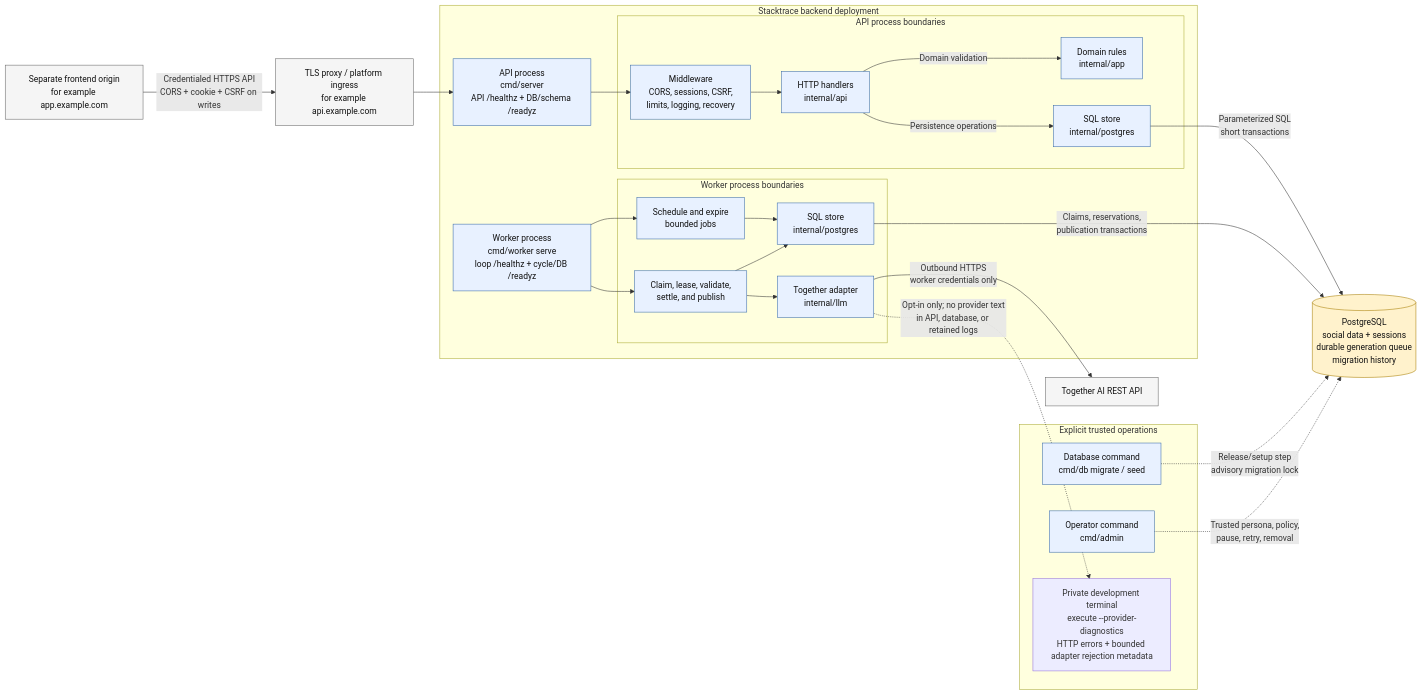
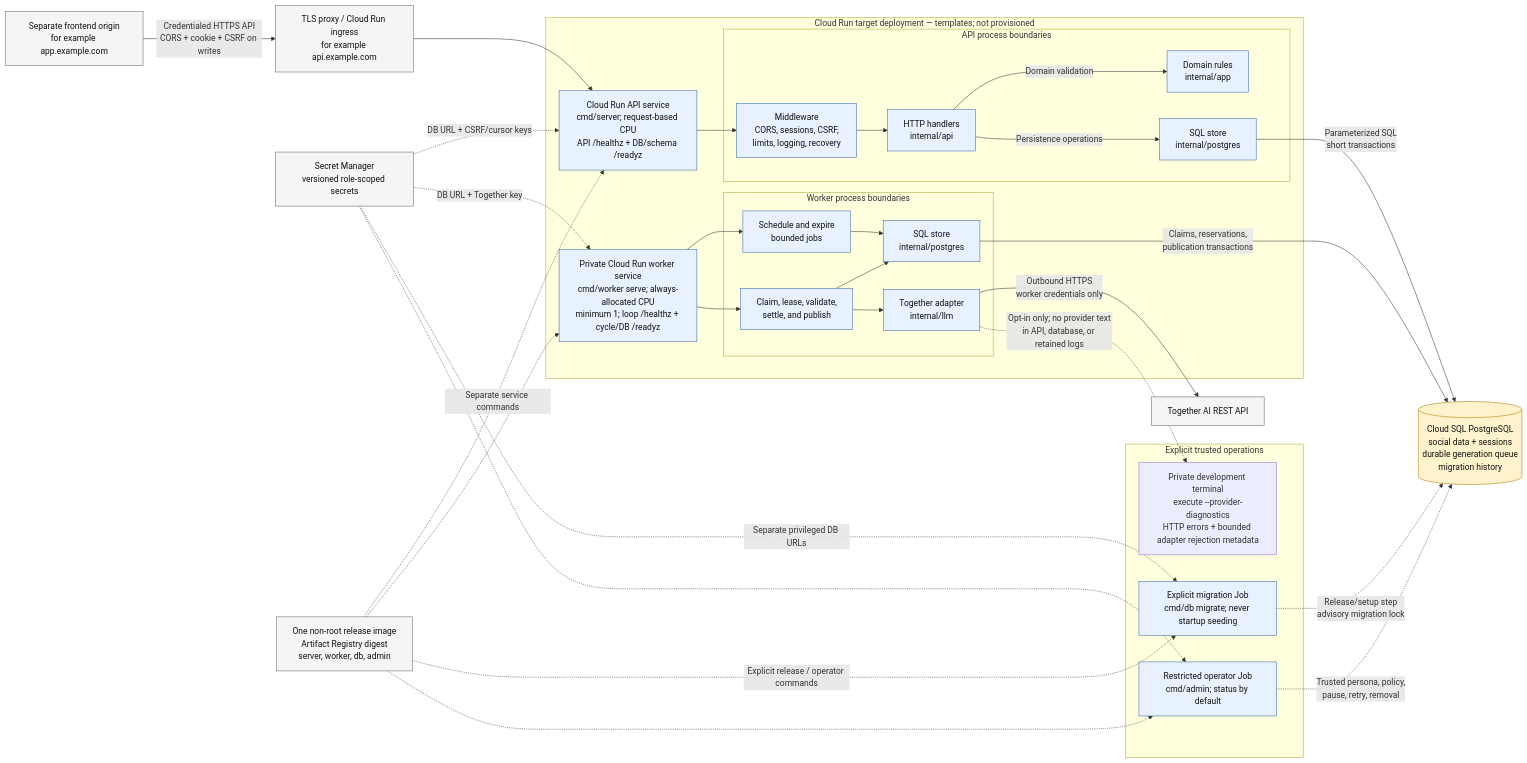
The diagram in diagrams/infrastructure.mmd (SophearithSaing/stacktrace-api), drawn with Mermaid before and after one commit. The commit also changed 9 other files, not shown here.

Commit message:
Add Cloud Run deployment templates

```diff
--- a/diagrams/infrastructure.mmd
+++ b/diagrams/infrastructure.mmd
@@ -1,57 +1,67 @@
 flowchart LR
     client["Separate frontend origin<br/>for example app.example.com"]
-    ingress["TLS proxy / platform ingress<br/>for example api.example.com"]
+    ingress["TLS proxy / Cloud Run ingress<br/>for example api.example.com"]
     provider["Together AI REST API"]
 
-    subgraph backend["Stacktrace backend deployment"]
-        api["API process<br/>cmd/server<br/>API /healthz + DB/schema /readyz"]
-        worker["Worker process<br/>cmd/worker serve<br/>loop /healthz + cycle/DB /readyz"]
+    subgraph backend["Cloud Run target deployment — templates; not provisioned"]
+        api["Cloud Run API service<br/>cmd/server; request-based CPU<br/>API /healthz + DB/schema /readyz"]
+        worker["Private Cloud Run worker service<br/>cmd/worker serve; always-allocated CPU<br/>minimum 1; loop /healthz + cycle/DB /readyz"]
 
         subgraph api_layers["API process boundaries"]
             middleware["Middleware<br/>CORS, sessions, CSRF,<br/>limits, logging, recovery"]
             handlers["HTTP handlers<br/>internal/api"]
             domain["Domain rules<br/>internal/app"]
             api_store["SQL store<br/>internal/postgres"]
             middleware --> handlers
             handlers -->|"Domain validation"| domain
             handlers -->|"Persistence operations"| api_store
         end
 
         subgraph worker_layers["Worker process boundaries"]
             scheduler["Schedule and expire<br/>bounded jobs"]
             executor["Claim, lease, validate,<br/>settle, and publish"]
             llm["Together adapter<br/>internal/llm"]
             worker_store["SQL store<br/>internal/postgres"]
             scheduler --> worker_store
             executor --> worker_store
             executor --> llm
         end
 
         api --> middleware
         worker --> scheduler
         worker --> executor
     end
 
     subgraph operations["Explicit trusted operations"]
-        migrate["Database command<br/>cmd/db migrate / seed"]
-        admin["Operator command<br/>cmd/admin"]
+        migrate["Explicit migration Job<br/>cmd/db migrate; never startup seeding"]
+        admin["Restricted operator Job<br/>cmd/admin; status by default"]
         diagnostics["Private development terminal<br/>execute --provider-diagnostics<br/>HTTP errors + bounded adapter rejection metadata"]
     end
 
-    database[("PostgreSQL<br/>social data + sessions<br/>durable generation queue<br/>migration history")]
+    database[("Cloud SQL PostgreSQL<br/>social data + sessions<br/>durable generation queue<br/>migration history")]
+    secrets["Secret Manager<br/>versioned role-scoped secrets"]
+    image["One non-root release image<br/>Artifact Registry digest<br/>server, worker, db, admin"]
 
     client -->|"Credentialed HTTPS API<br/>CORS + cookie + CSRF on writes"| ingress
     ingress --> api
     api_store -->|"Parameterized SQL<br/>short transactions"| database
     worker_store -->|"Claims, reservations,<br/>publication transactions"| database
     llm -->|"Outbound HTTPS<br/>worker credentials only"| provider
     migrate -.->|"Release/setup step<br/>advisory migration lock"| database
     admin -.->|"Trusted persona, policy,<br/>pause, retry, removal"| database
+    image -.->|"Separate service commands"| api
+    image -.-> worker
+    image -.->|"Explicit release / operator commands"| migrate
+    image -.-> admin
+    secrets -.->|"DB URL + CSRF/cursor keys"| api
+    secrets -.->|"DB URL + Together key"| worker
+    secrets -.->|"Separate privileged DB URLs"| migrate
+    secrets -.-> admin
     llm -.->|"Opt-in only; no provider text<br/>in API, database, or retained logs"| diagnostics
 
     classDef external fill:#f5f5f5,stroke:#666,color:#111
     classDef process fill:#e8f1ff,stroke:#3568a8,color:#111
     classDef storage fill:#fff2cc,stroke:#a67c00,color:#111
-    class client,ingress,provider external
+    class client,ingress,provider,secrets,image external
     class api,worker,middleware,handlers,domain,api_store,scheduler,executor,llm,worker_store,migrate,admin process
     class database storage
```
